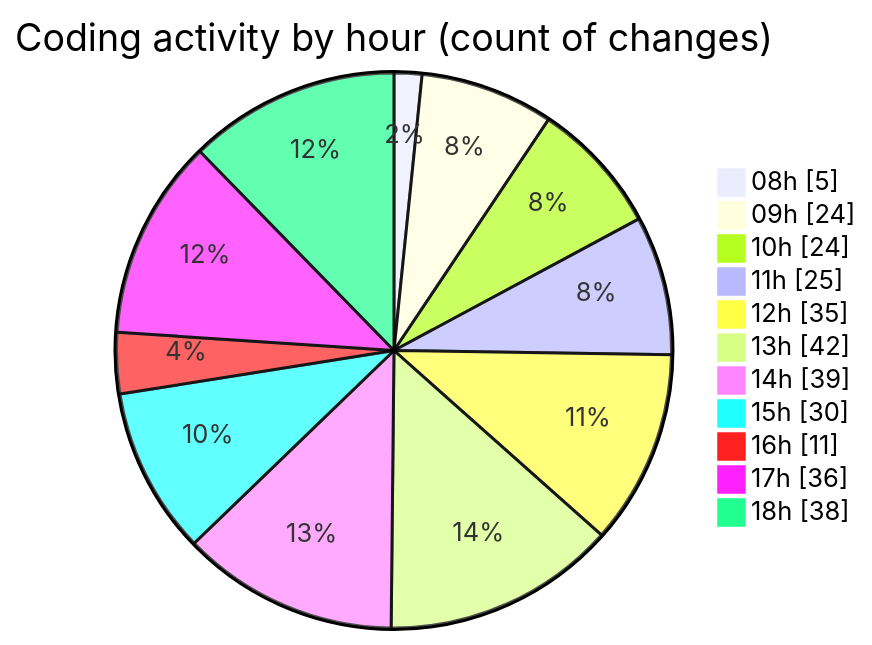
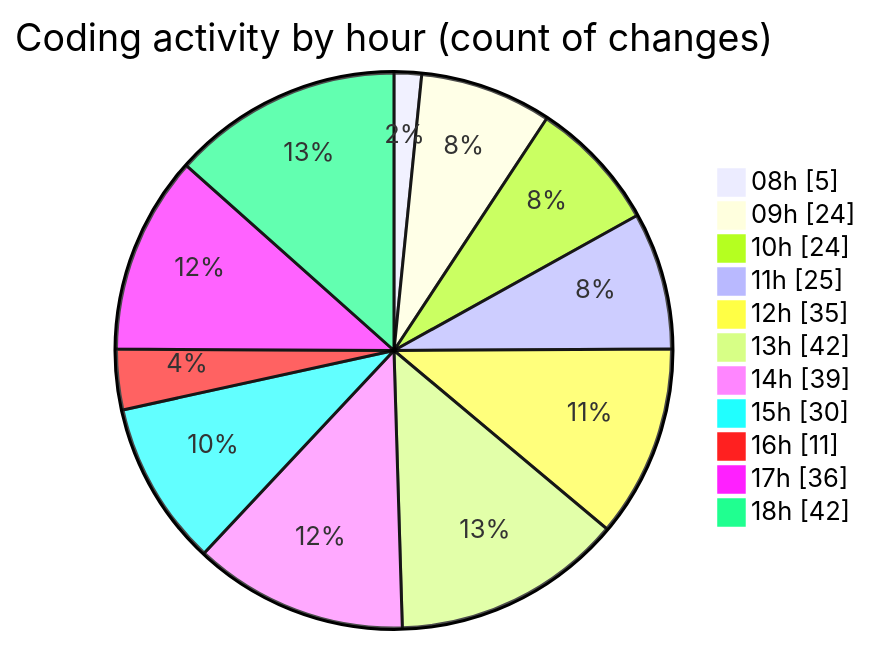
One commit to momahboobian/code-tracking changed the second of 2 diagrams in 2025-11-24/cda/README.md. Above: the diagram before and after it, drawn with Mermaid. The commit also changed other lines of this file and 1 other file, not shown here.

````diff
--- a/2025-11-24/cda/README.md
+++ b/2025-11-24/cda/README.md
@@ -48,15 +48,15 @@
 ```mermaid
 pie showData
 title Coding activity by hour (count of changes)
 "08h" : 5
 "09h" : 24
 "10h" : 24
 "11h" : 25
 "12h" : 35
 "13h" : 42
 "14h" : 39
 "15h" : 30
 "16h" : 11
 "17h" : 36
-"18h" : 38
+"18h" : 42
 ```
````
